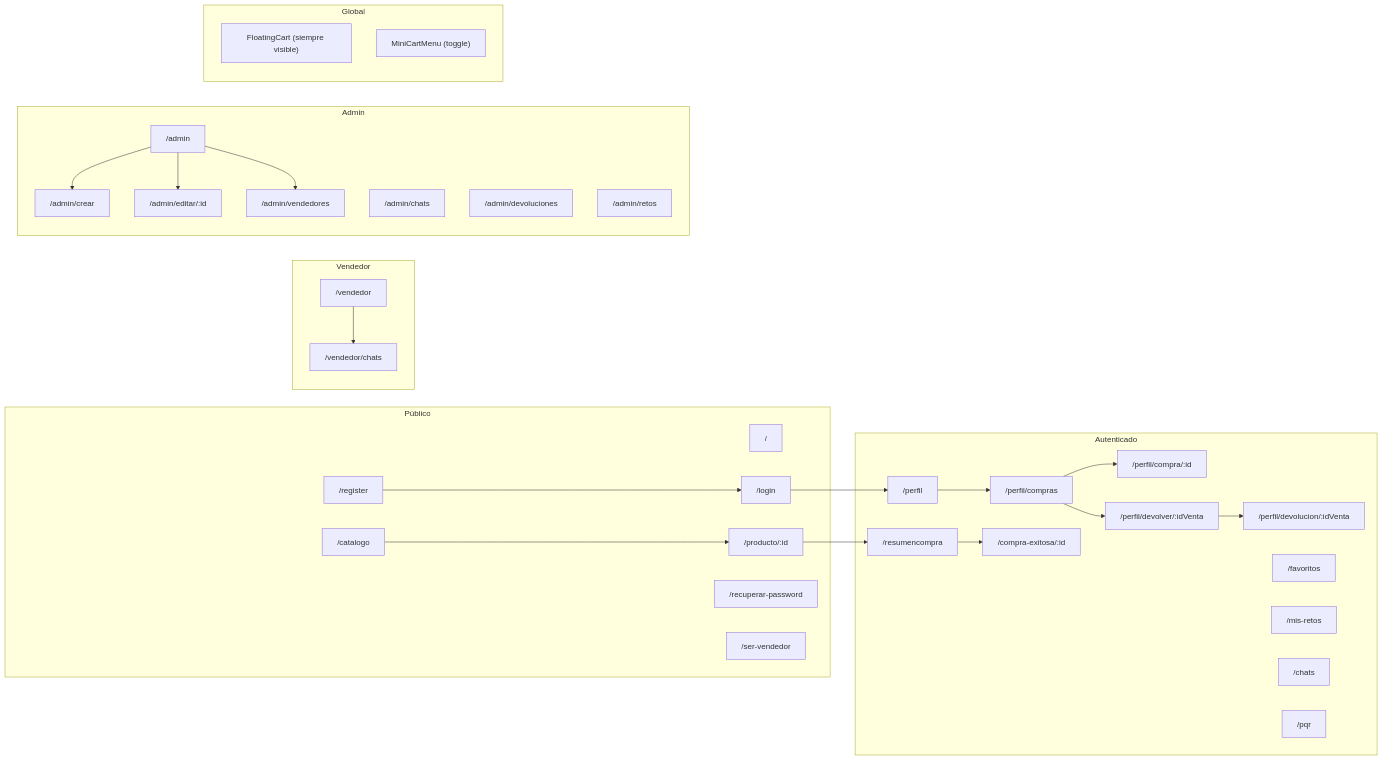
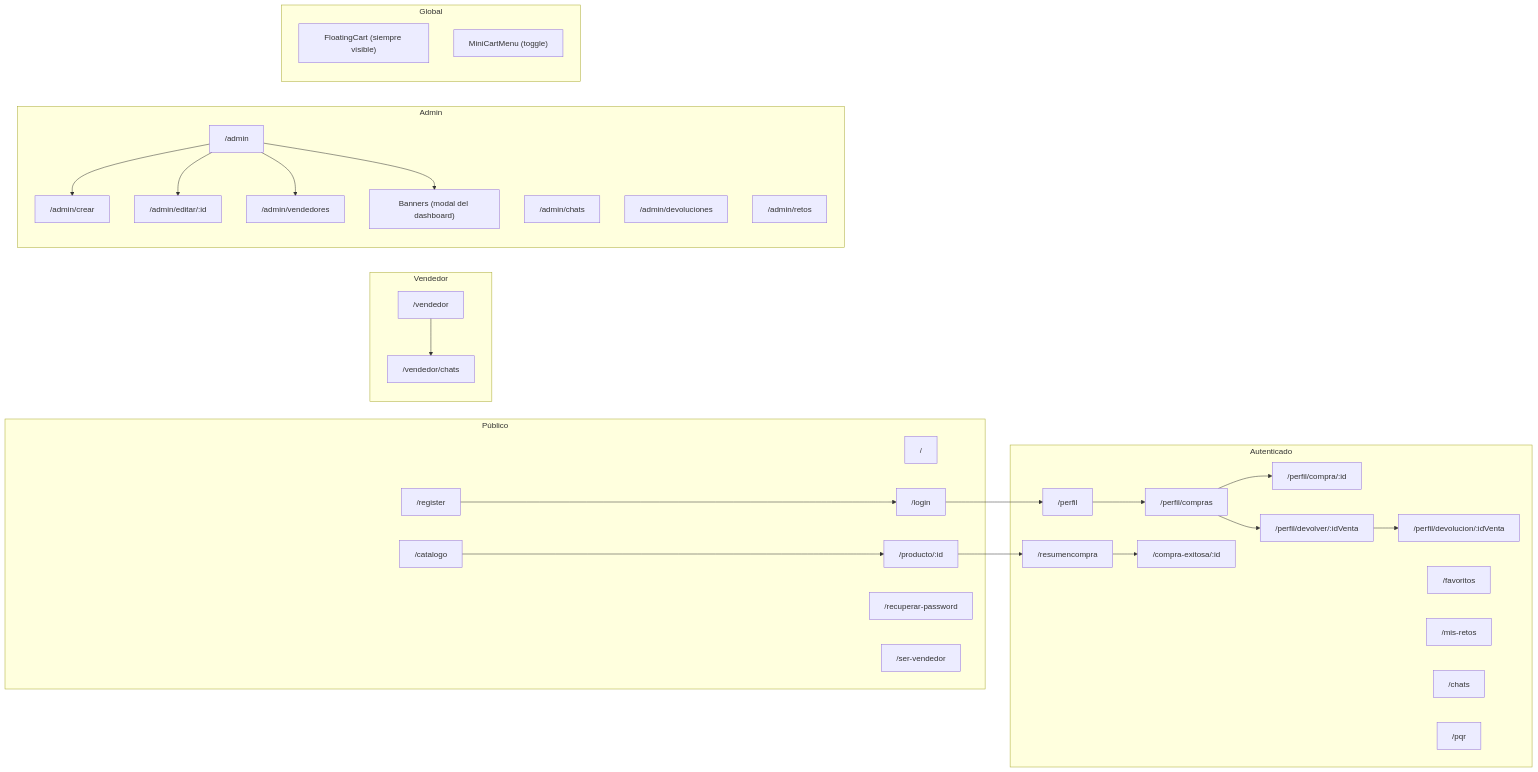
Before and after one commit to yeisonfernandez2022-crypto/Jadda_Sports_React: the fourth of 4 diagrams in docs/diagrams/flujos.md, drawn with Mermaid. The commit also changed other lines of this file and 42 other files, not shown here.

````diff
--- a/docs/diagrams/flujos.md
+++ b/docs/diagrams/flujos.md
@@ -80,58 +80,61 @@
 ```mermaid
 flowchart LR
     subgraph "Público"
         HOME["/"]
         CATALOGO["/catalogo"]
         DETALLE["/producto/:id"]
         LOGIN["/login"]
         REGISTER["/register"]
         RECUPERAR["/recuperar-password"]
         SERVENDEDOR["/ser-vendedor"]
     end
     
     subgraph "Autenticado"
         PERFIL["/perfil"]
         COMPRAS["/perfil/compras"]
         COMPRA_DETALLE["/perfil/compra/:id"]
         DEVOLICION["/perfil/devolver/:idVenta"]
         DEVODESTADO["/perfil/devolucion/:idVenta"]
         FAVORITOS["/favoritos"]
         MISRETOS["/mis-retos"]
         CHATS["/chats"]
         RESUMEN["/resumencompra"]
         EXITO["/compra-exitosa/:id"]
         PQR["/pqr"]
     end
 
     subgraph "Vendedor"
         VENDEDOR["/vendedor"]
         VENDEDOR_CHATS["/vendedor/chats"]
-    end    subgraph "Admin"
+    end
+    subgraph "Admin"
         ADMIN["/admin"]
         ADMIN_CHATS["/admin/chats"]
         ADMIN_VENDEDORES["/admin/vendedores"]
         ADMIN_DEVOLUCIONES["/admin/devoluciones"]
         ADMIN_RETOS["/admin/retos"]
+        ADMIN_BANNERS["Banners (modal del dashboard)"]
         CREAR["/admin/crear"]
         EDITAR["/admin/editar/:id"]
     end
 
     subgraph "Global"
         FLOATING["FloatingCart (siempre visible)"]
         MINI_CART["MiniCartMenu (toggle)"]
     end
 
     LOGIN --> PERFIL
     REGISTER --> LOGIN
     CATALOGO --> DETALLE
     DETALLE --> RESUMEN
     RESUMEN --> EXITO
     PERFIL --> COMPRAS
     COMPRAS --> COMPRA_DETALLE
     COMPRAS --> DEVOLICION
     DEVOLICION --> DEVODESTADO
     ADMIN --> CREAR
     ADMIN --> EDITAR
     ADMIN --> ADMIN_VENDEDORES
+    ADMIN --> ADMIN_BANNERS
     VENDEDOR --> VENDEDOR_CHATS
 ```
````
